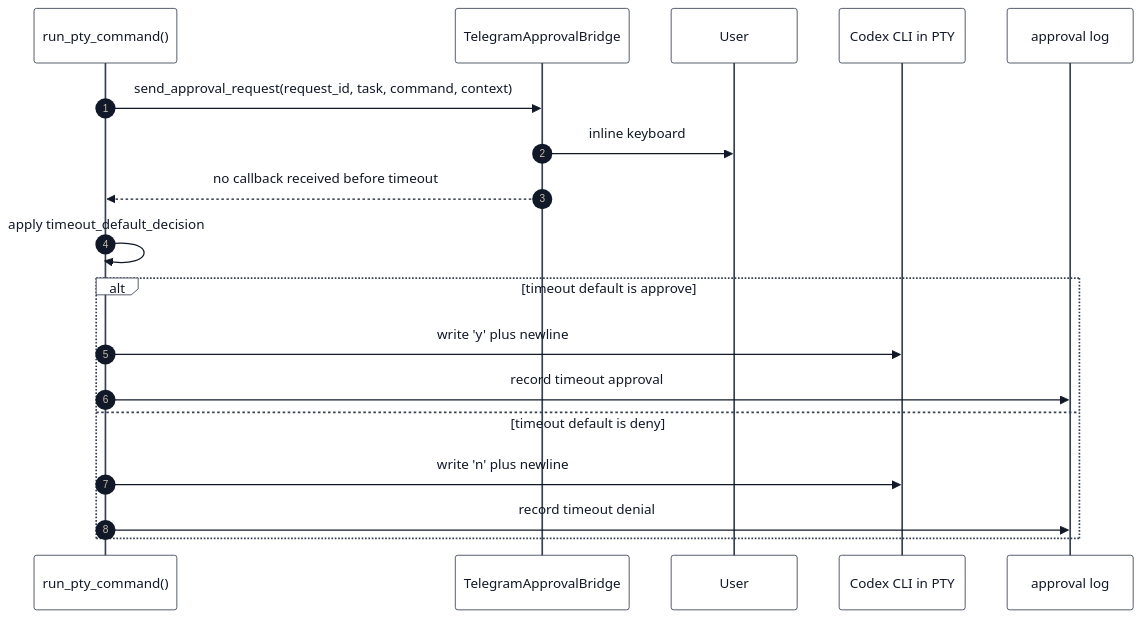
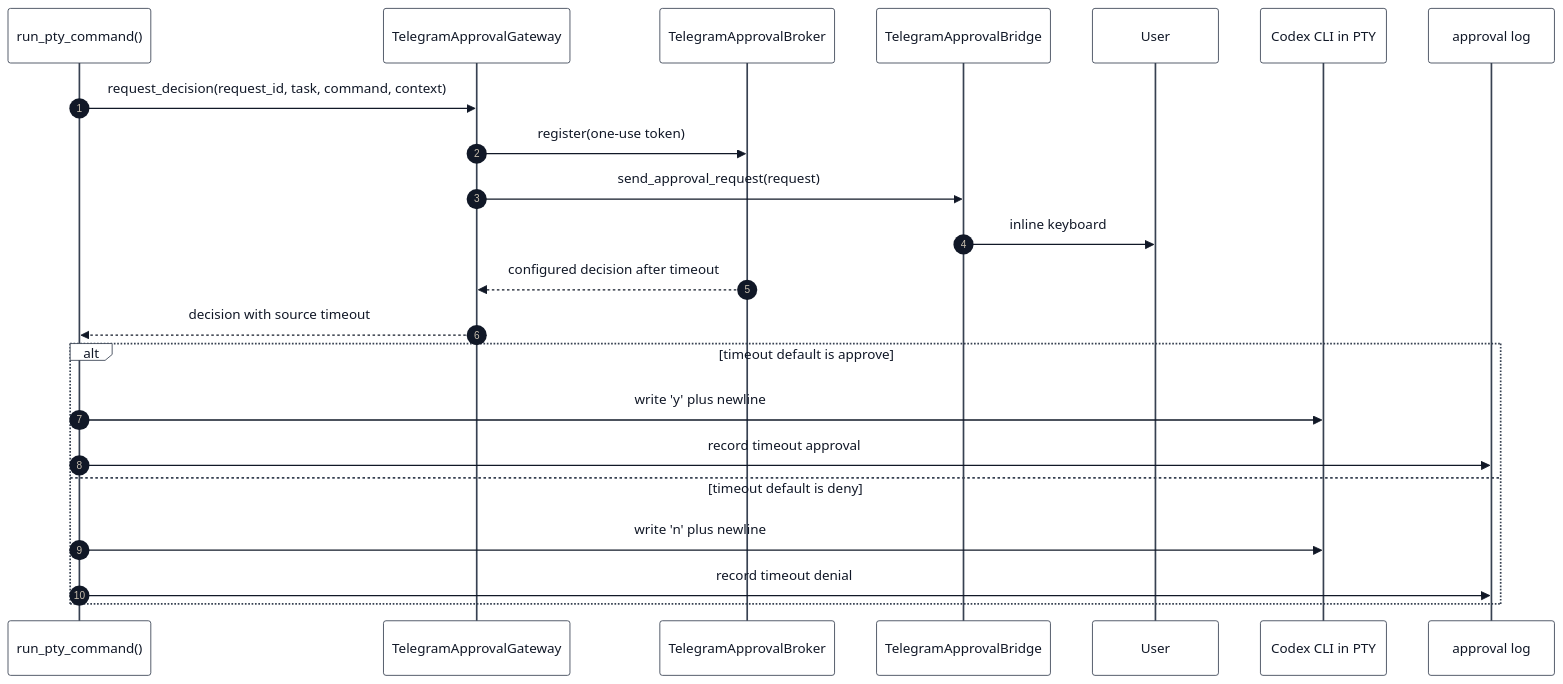
The seventh of 10 diagrams in docs/SEQUENCE_DIAGRAMS.md (kinderp/durex), drawn with Mermaid before and after one commit. The commit also changed other lines of this file and 11 other files, not shown here.

````diff
--- a/docs/SEQUENCE_DIAGRAMS.md
+++ b/docs/SEQUENCE_DIAGRAMS.md
@@ -468,22 +476,26 @@
 ```mermaid
 %%{init: {"theme": "base", "themeVariables": {"primaryColor": "#ffffff", "primaryTextColor": "#111827", "primaryBorderColor": "#374151", "lineColor": "#374151", "secondaryColor": "#f3f4f6", "tertiaryColor": "#ffffff", "textColor": "#111827", "mainBkg": "#ffffff", "nodeBorder": "#374151", "clusterBkg": "#f9fafb", "clusterBorder": "#9ca3af", "edgeLabelBackground": "#ffffff", "actorBkg": "#ffffff", "actorBorder": "#374151", "actorTextColor": "#111827", "activationBkgColor": "#e5e7eb", "activationBorderColor": "#374151", "signalColor": "#111827", "signalTextColor": "#111827", "noteBkgColor": "#fef3c7", "noteTextColor": "#111827", "noteBorderColor": "#92400e"}}}%%
 sequenceDiagram
     autonumber
     participant Pty as run_pty_command()
+    participant Gateway as TelegramApprovalGateway
+    participant Broker as TelegramApprovalBroker
     participant Telegram as TelegramApprovalBridge
     participant User
     participant Codex as Codex CLI in PTY
     participant Audit as approval log
 
-    Pty->>Telegram: send_approval_request(request_id, task, command, context)
+    Pty->>Gateway: request_decision(request_id, task, command, context)
+    Gateway->>Broker: register(one-use token)
+    Gateway->>Telegram: send_approval_request(request)
     Telegram->>User: inline keyboard
-    Telegram-->>Pty: no callback received before timeout
-    Pty->>Pty: apply timeout_default_decision
+    Broker-->>Gateway: configured decision after timeout
+    Gateway-->>Pty: decision with source timeout
     alt timeout default is approve
         Pty->>Codex: write 'y' plus newline
         Pty->>Audit: record timeout approval
     else timeout default is deny
         Pty->>Codex: write 'n' plus newline
         Pty->>Audit: record timeout denial
     end
 ```
````
